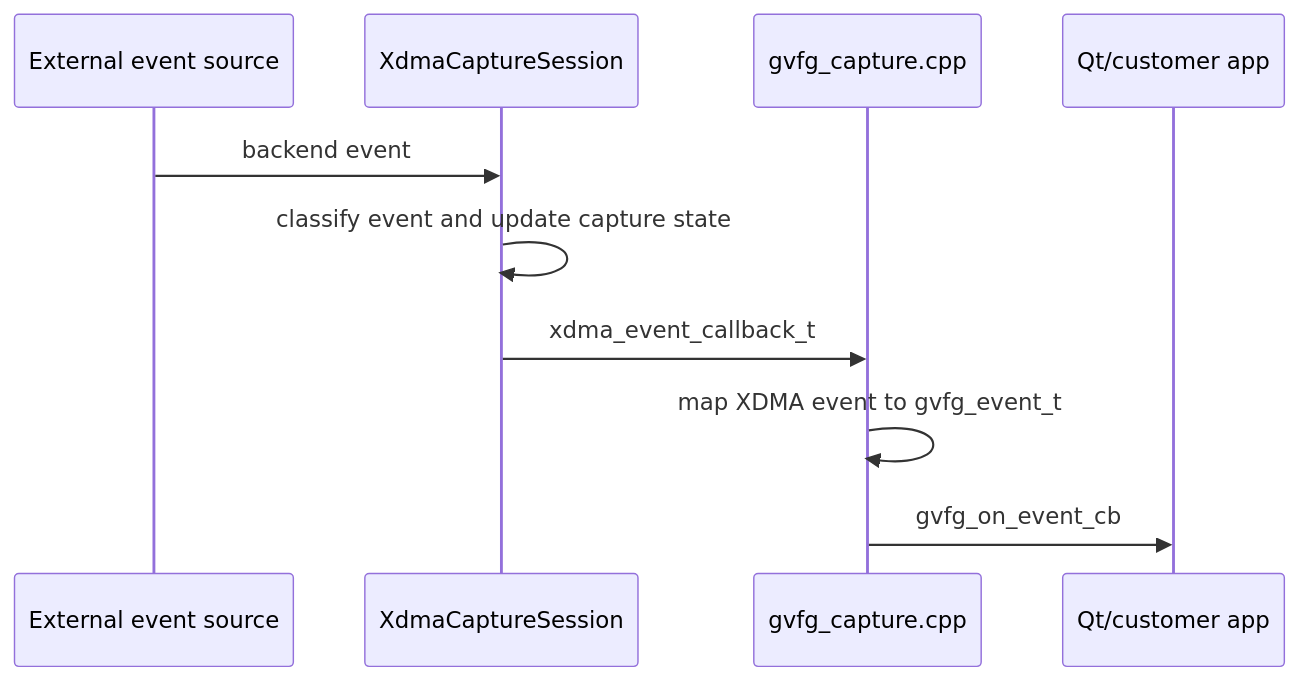
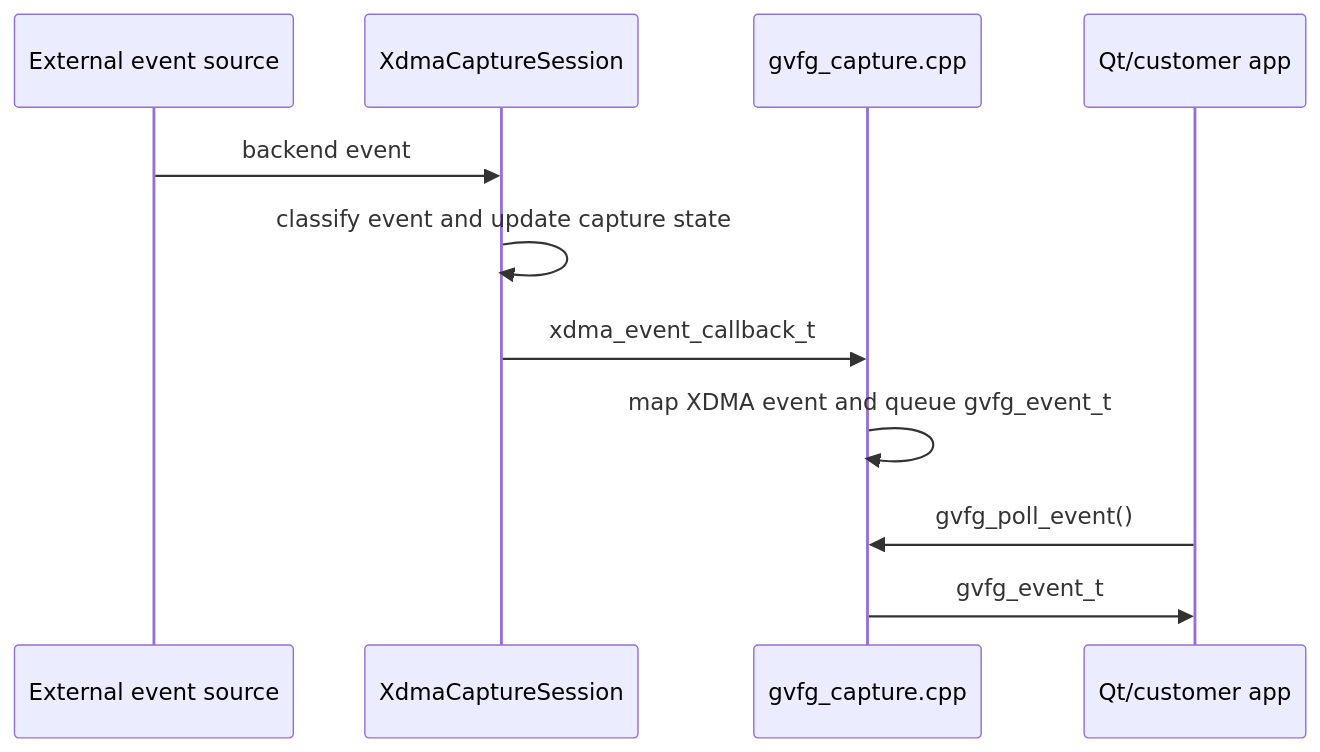
The fourth of 5 diagrams in docs/GVFG_PROJECT_MAP.md (MarquezLin/GVFG_Standalone), drawn with Mermaid before and after one commit. The commit also changed other lines of this file and 13 other files, not shown here.

````diff
--- a/docs/GVFG_PROJECT_MAP.md
+++ b/docs/GVFG_PROJECT_MAP.md
@@ -122,13 +119,14 @@
 ```mermaid
 sequenceDiagram
     participant Source as External event source
     participant Backend as XdmaCaptureSession
     participant Facade as gvfg_capture.cpp
     participant App as Qt/customer app
 
     Source->>Backend: backend event
     Backend->>Backend: classify event and update capture state
     Backend->>Facade: xdma_event_callback_t
-    Facade->>Facade: map XDMA event to gvfg_event_t
-    Facade->>App: gvfg_on_event_cb
+    Facade->>Facade: map XDMA event and queue gvfg_event_t
+    App->>Facade: gvfg_poll_event()
+    Facade->>App: gvfg_event_t
 ```
````
